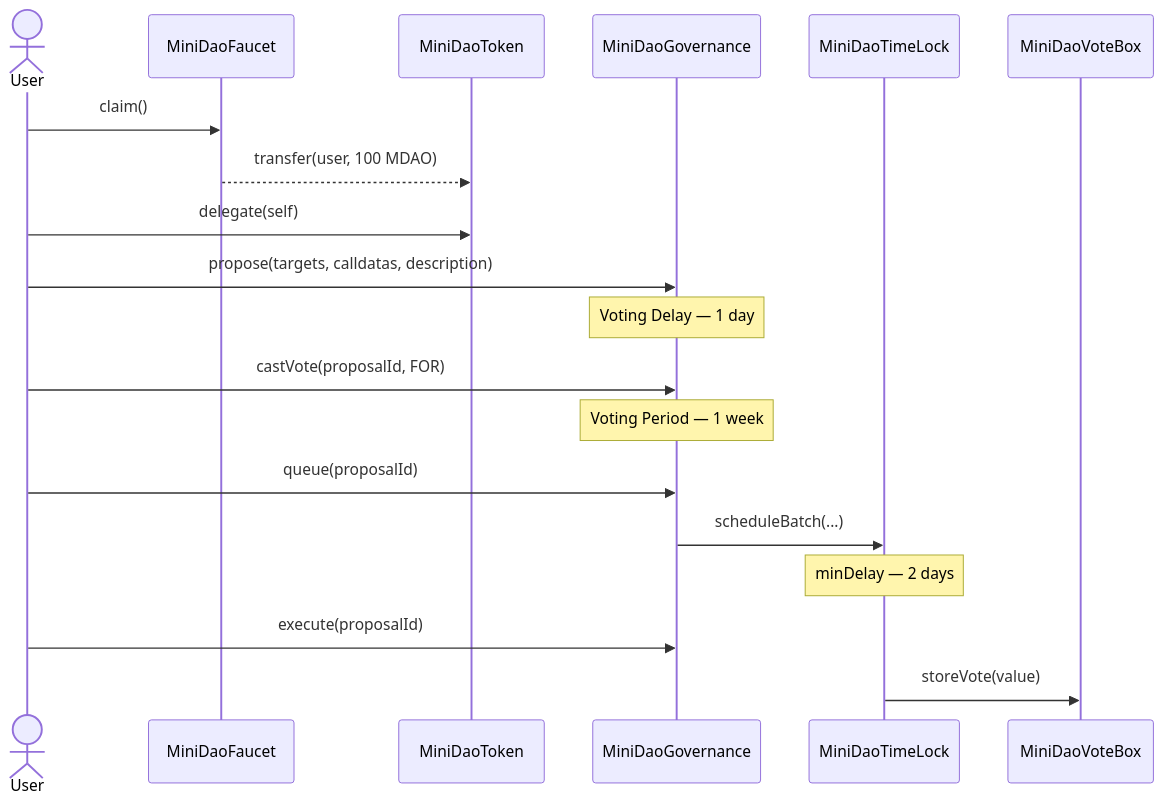
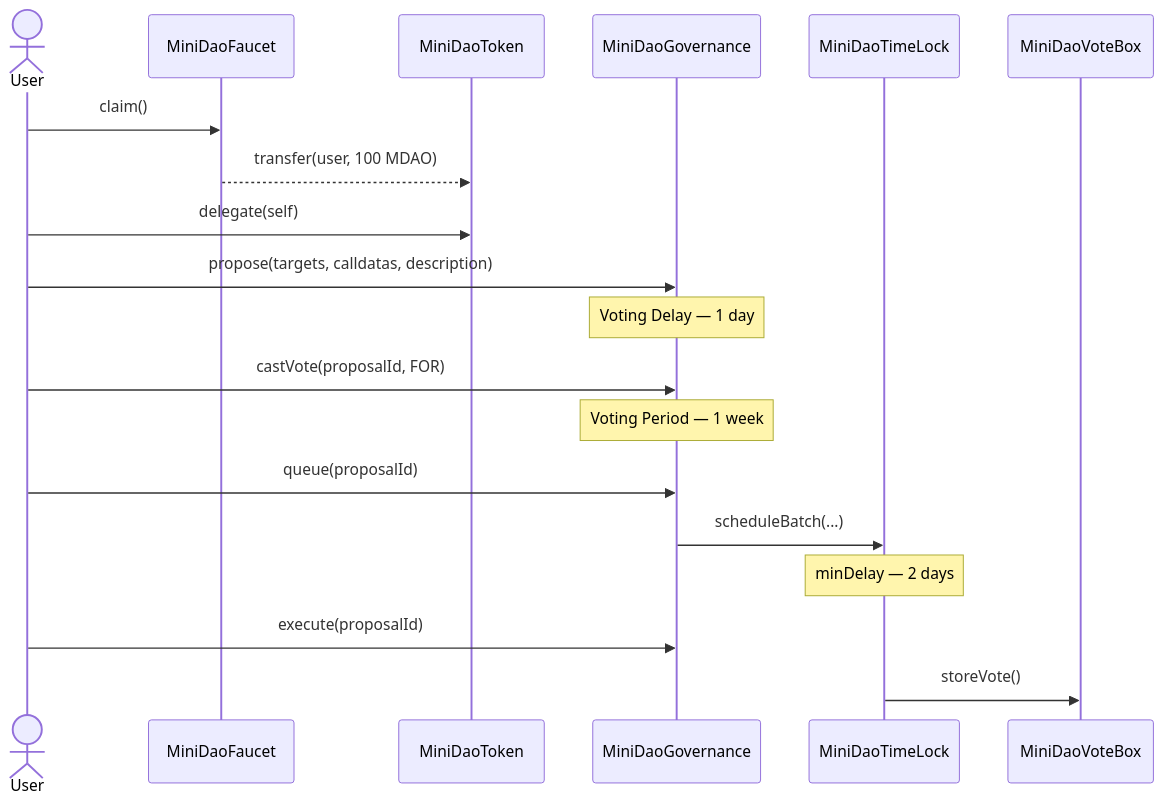
One commit to VxxxxC/mini_dao changed the second of 2 diagrams in README.md. Above: the diagram before and after it, drawn with Mermaid. The commit also changed other lines of this file and 1 other file, not shown here.

````diff
--- a/README.md
+++ b/README.md
@@ -82,26 +97,26 @@
 ```mermaid
 sequenceDiagram
     actor User
     participant Faucet as MiniDaoFaucet
     participant Token as MiniDaoToken
     participant Gov as MiniDaoGovernance
     participant Timelock as MiniDaoTimeLock
     participant VoteBox as MiniDaoVoteBox
 
     User->>Faucet: claim()
     Faucet-->>Token: transfer(user, 100 MDAO)
     User->>Token: delegate(self)
 
     User->>Gov: propose(targets, calldatas, description)
     Note over Gov: Voting Delay — 1 day
 
     User->>Gov: castVote(proposalId, FOR)
     Note over Gov: Voting Period — 1 week
 
     User->>Gov: queue(proposalId)
     Gov->>Timelock: scheduleBatch(...)
     Note over Timelock: minDelay — 2 days
 
     User->>Gov: execute(proposalId)
-    Timelock->>VoteBox: storeVote(value)
+    Timelock->>VoteBox: storeVote()
 ```
````
